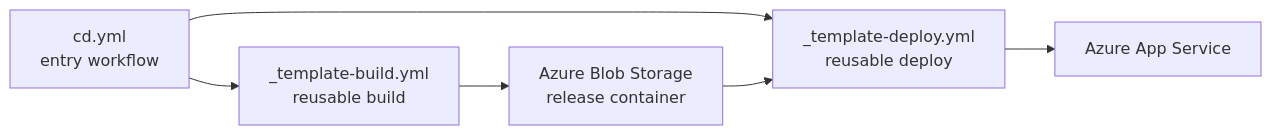
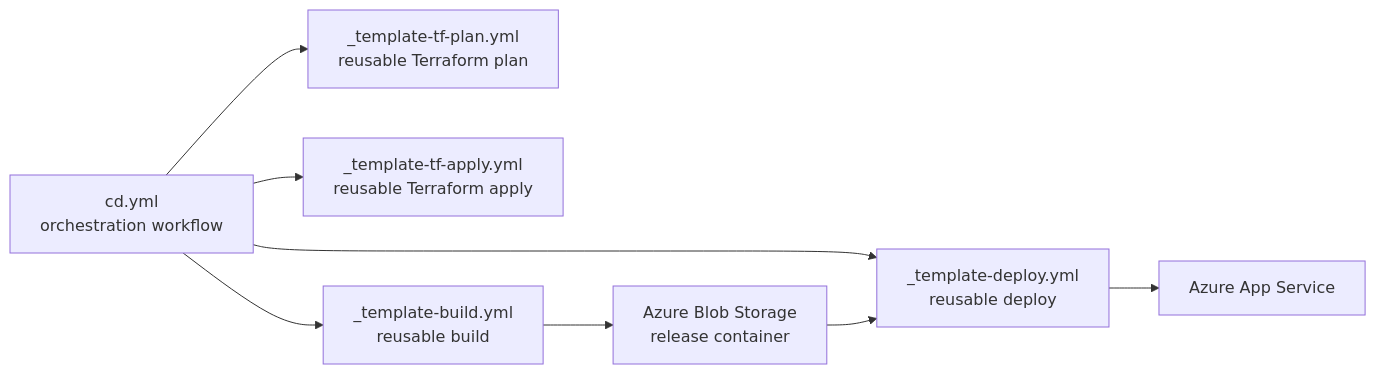
One commit to MetehanBolat/GH-DevSecOps changed the fifth of 5 diagrams in docs/release-flow.md. Above: the diagram before and after it, drawn with Mermaid. The commit also changed other lines of this file and 4 other files, not shown here.

````diff
--- a/docs/release-flow.md
+++ b/docs/release-flow.md
@@ -130,8 +110,10 @@
 ```mermaid
 flowchart LR
-    CD["cd.yml<br/>entry workflow"] --> B["_template-build.yml<br/>reusable build"]
+    CD["cd.yml<br/>orchestration workflow"] --> TF_PLAN["_template-tf-plan.yml<br/>reusable Terraform plan"]
+    CD --> TF_APPLY["_template-tf-apply.yml<br/>reusable Terraform apply"]
+    CD --> B["_template-build.yml<br/>reusable build"]
     CD --> D["_template-deploy.yml<br/>reusable deploy"]
     B --> S["Azure Blob Storage<br/>release container"]
     S --> D
     D --> A["Azure App Service"]
 ```
````
